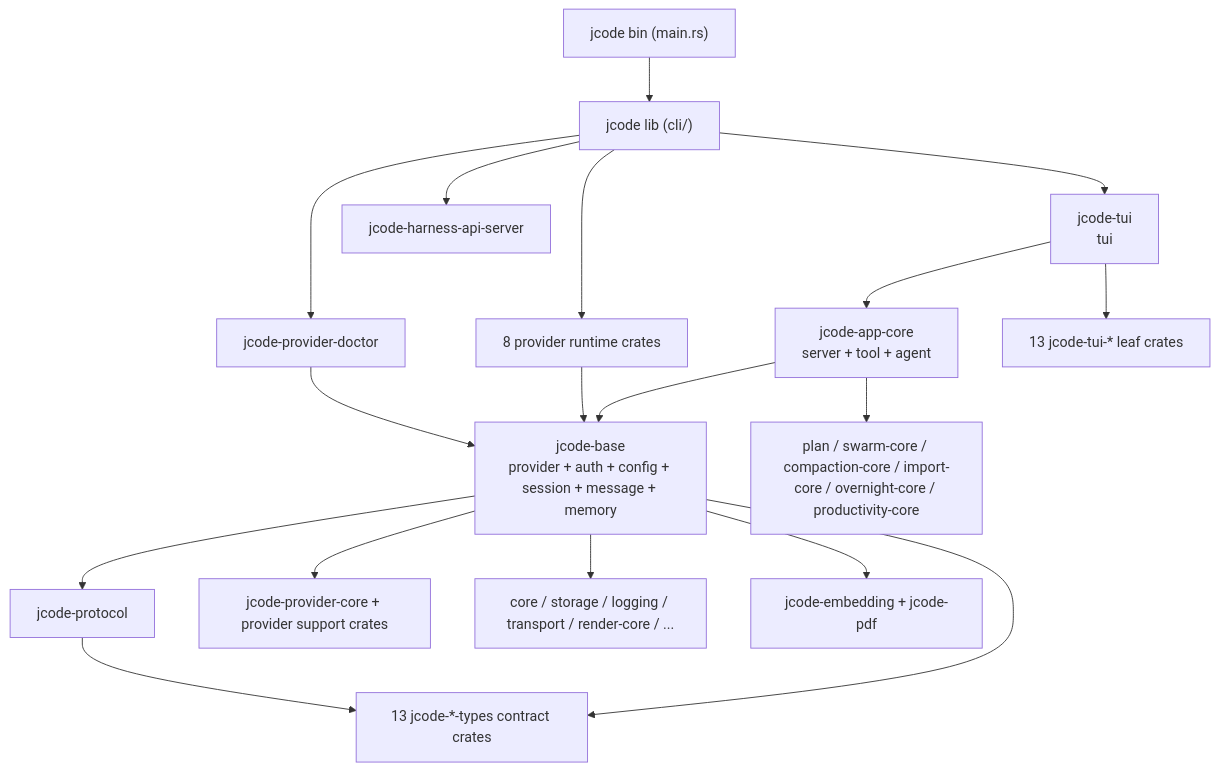
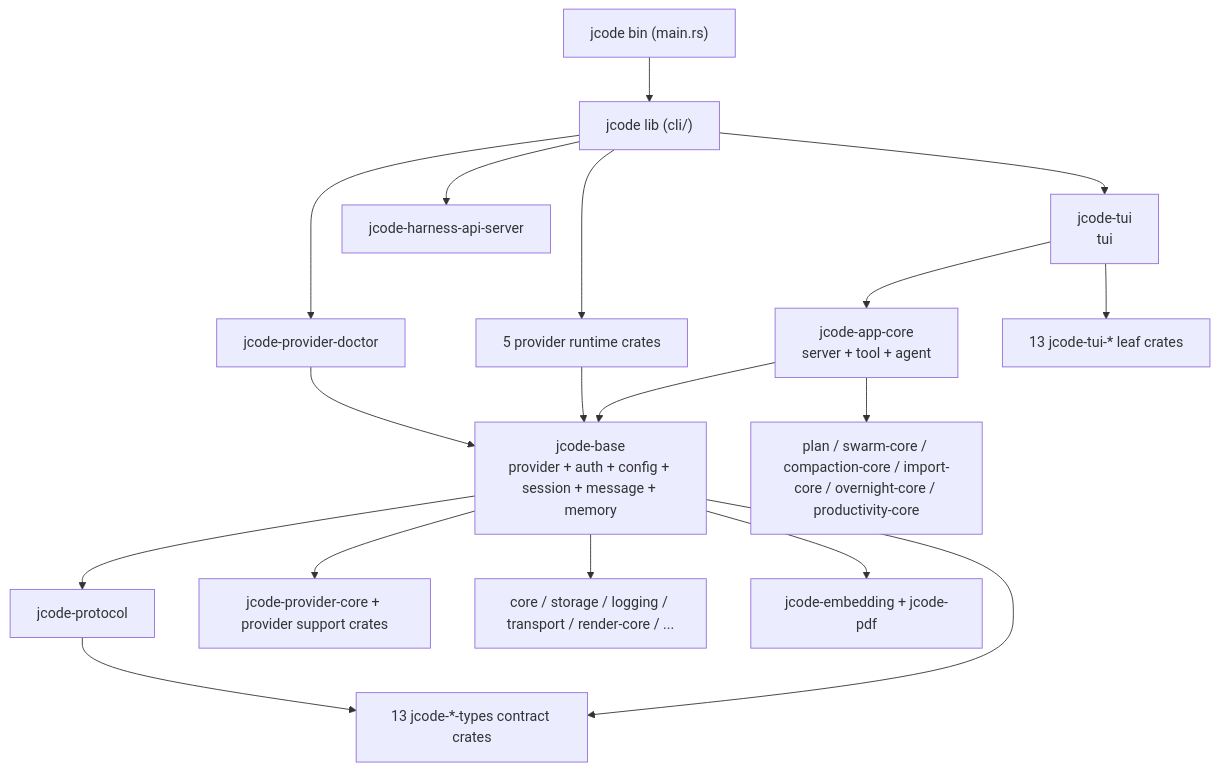
Before and after one commit to indrajeetadityaroy9/jcode: the first of 2 diagrams in docs/MODULAR_ARCHITECTURE_RFC.md, drawn with Mermaid. The commit also changed other lines of this file and 236 other files, not shown here.

````diff
--- a/docs/MODULAR_ARCHITECTURE_RFC.md
+++ b/docs/MODULAR_ARCHITECTURE_RFC.md
@@ -314,22 +315,22 @@
 ```mermaid
 flowchart TD
   Bin["jcode bin (main.rs)"] --> Root["jcode lib (cli/)"]
   Root --> TUI["jcode-tui\ntui"]
   TUI --> AppCore["jcode-app-core\nserver + tool + agent"]
   AppCore --> Base["jcode-base\nprovider + auth + config + session + message + memory"]
 
   Root --> Doctor[jcode-provider-doctor]
-  Root --> PRun[8 provider runtime crates]
+  Root --> PRun[5 provider runtime crates]
   Root --> Bridge[jcode-harness-api-server]
   PRun --> Base
   Doctor --> Base
 
   TUI --> TuiLeaves["13 jcode-tui-* leaf crates"]
   AppCore --> DomainCore["plan / swarm-core / compaction-core / import-core / overnight-core / productivity-core"]
   Base --> Protocol[jcode-protocol]
   Base --> PCore["jcode-provider-core + provider support crates"]
   Base --> Types["13 jcode-*-types contract crates"]
   Base --> Support["core / storage / logging / transport / render-core / ..."]
   Base --> Heavy[jcode-embedding + jcode-pdf]
   Protocol --> Types
 ```
````
